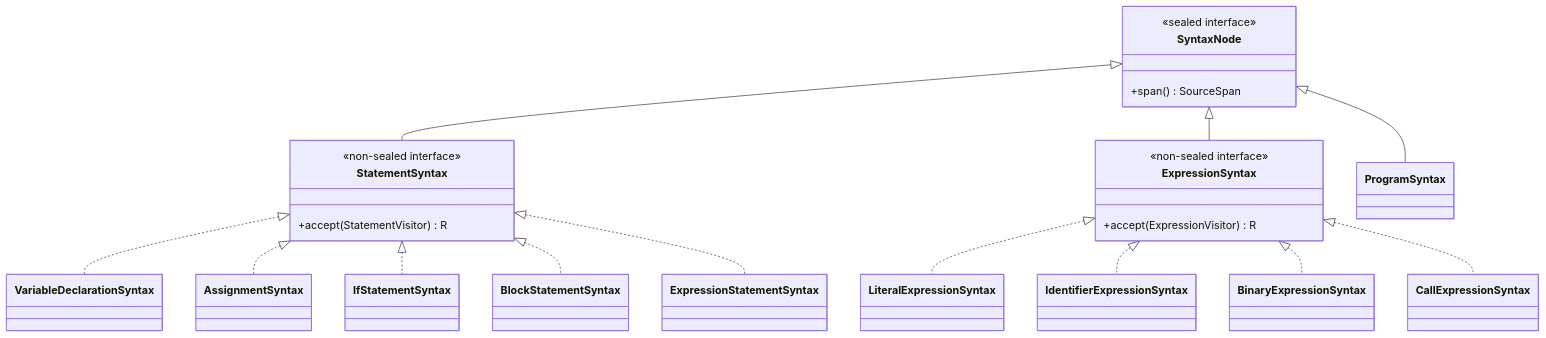
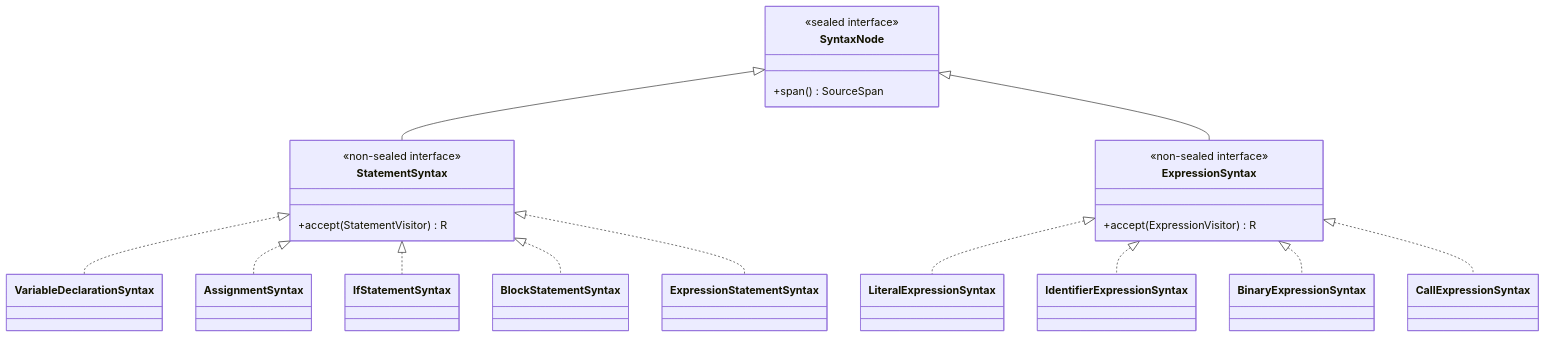
The diagram in ast/ARCHITECTURE.md (GarroteSantiago/printscript), drawn with Mermaid before and after one commit. The commit also changed other lines of this file and 149 other files, not shown here.

````diff
--- a/ast/ARCHITECTURE.md
+++ b/ast/ARCHITECTURE.md
@@ -55,29 +56,27 @@
 ```mermaid
 classDiagram
     direction TB
     class SyntaxNode {
         <<sealed interface>>
         +span() SourceSpan
     }
     class StatementSyntax {
         <<non-sealed interface>>
         +accept(StatementVisitor) R
     }
     class ExpressionSyntax {
         <<non-sealed interface>>
         +accept(ExpressionVisitor) R
     }
-    class ProgramSyntax
-    SyntaxNode <|-- ProgramSyntax
     SyntaxNode <|-- StatementSyntax
     SyntaxNode <|-- ExpressionSyntax
     StatementSyntax <|.. VariableDeclarationSyntax
     StatementSyntax <|.. AssignmentSyntax
     StatementSyntax <|.. IfStatementSyntax
     StatementSyntax <|.. BlockStatementSyntax
     StatementSyntax <|.. ExpressionStatementSyntax
     ExpressionSyntax <|.. LiteralExpressionSyntax
     ExpressionSyntax <|.. IdentifierExpressionSyntax
     ExpressionSyntax <|.. BinaryExpressionSyntax
     ExpressionSyntax <|.. CallExpressionSyntax
 ```
````
